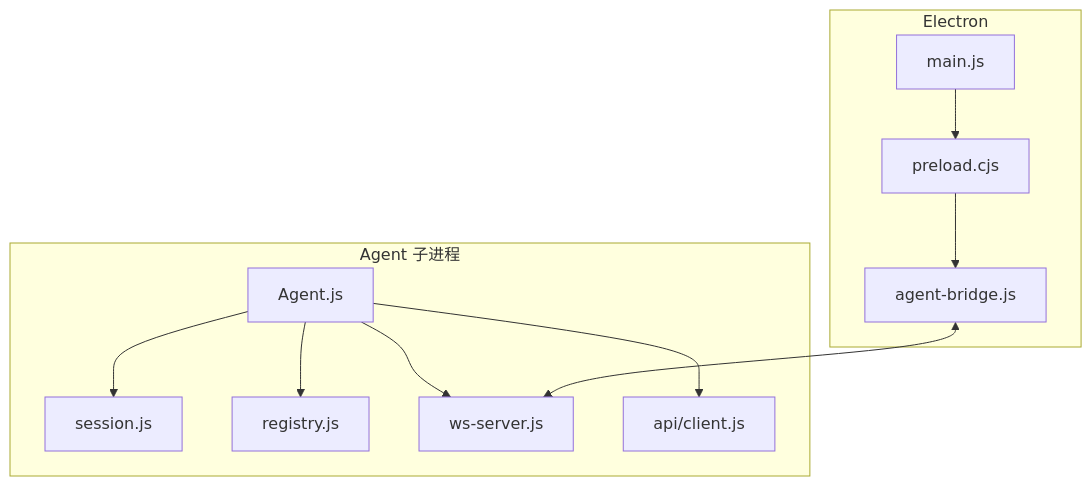
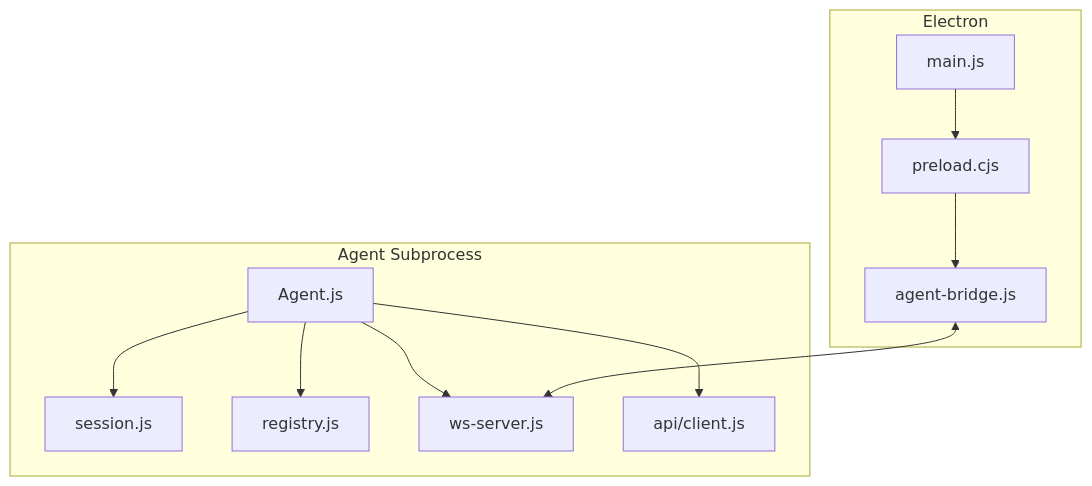
One commit to 1486853830/CogitoAgent changed the second of 6 diagrams in README.md. Above: the diagram before and after it, drawn with Mermaid. The commit also changed other lines of this file and 2 other files, not shown here.

````diff
--- a/README.md
+++ b/README.md
@@ -1581,15 +1581,15 @@
 ```mermaid
 flowchart TB
-    subgraph Agent["Agent 子进程"]
+    subgraph Agent["Agent Subprocess"]
         A[Agent.js] --> S[session.js]
         A --> R[registry.js]
         A --> W[ws-server.js]
         A --> API[api/client.js]
     end
     
     subgraph Desktop["Electron"]
         M[main.js] --> P[preload.cjs]
         P --> BR[agent-bridge.js]
         BR <--> W
     end
 ```
````
